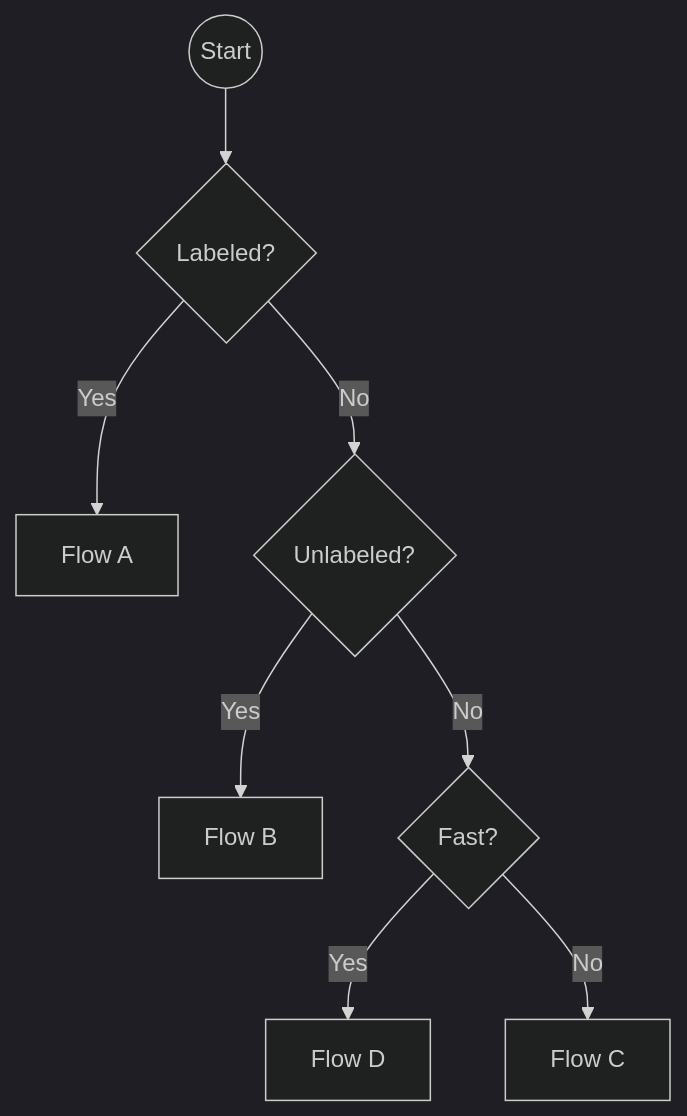
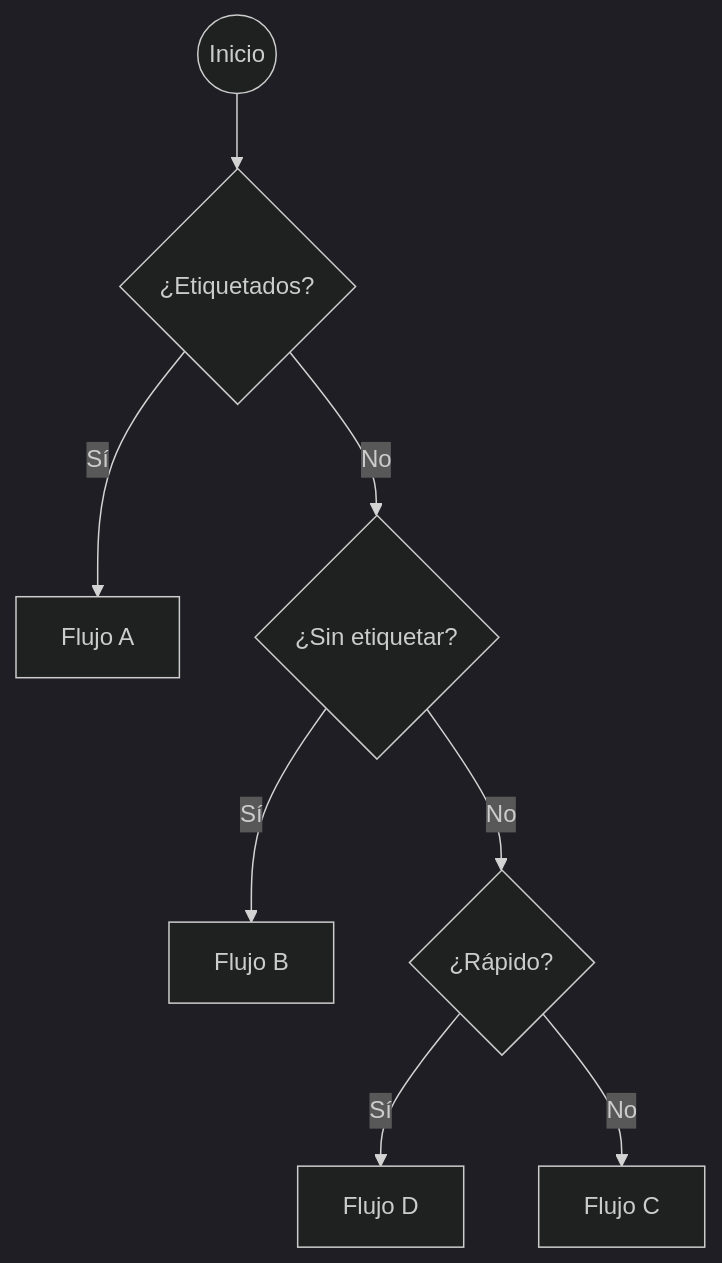
Before and after one commit to Softoft-Orga/open-ticket-ai: the first of 7 diagrams in docs/vitepress_docs/docs_src/es/guide/plan-ticket-automation-project.md, drawn with Mermaid. The commit also changed other lines of this file and 88 other files, not shown here.

````diff
--- a/docs/vitepress_docs/docs_src/es/guide/plan-ticket-automation-project.md
+++ b/docs/vitepress_docs/docs_src/es/guide/plan-ticket-automation-project.md
@@ -29,19 +32,19 @@
 ```mermaid
 ---
 config:
   theme: 'dark'
 ---
 flowchart TD
-  S((Start)) --> Q1{Labeled?}
-  Q1 -- Yes --> A0[Flow A]
-  Q1 -- No --> Q2{Unlabeled?}
-  Q2 -- Yes --> B0[Flow B]
-  Q2 -- No --> Q3{Fast?}
-  Q3 -- Yes --> D0[Flow D]
-  Q3 -- No --> C0[Flow C]
+  S((Inicio)) --> Q1{¿Etiquetados?}
+  Q1 -- Sí --> A0[Flujo A]
+  Q1 -- No --> Q2{¿Sin etiquetar?}
+  Q2 -- Sí --> B0[Flujo B]
+  Q2 -- No --> Q3{¿Rápido?}
+  Q3 -- Sí --> D0[Flujo D]
+  Q3 -- No --> C0[Flujo C]
 
-click A0 "#flow-a-many-labeled" "Flow A"
-click B0 "#flow-b-many-unlabeled" "Flow B"
-click C0 "#flow-c-few-or-no-tickets" "Flow C"
-click D0 "#flow-d-quick-start-hosted-api" "Flow D"
+click A0 "#flow-a-many-labeled" "Flujo A"
+click B0 "#flow-b-many-unlabeled" "Flujo B"
+click C0 "#flow-c-few-or-no-tickets" "Flujo C"
+click D0 "#flow-d-quick-start-hosted-api" "Flujo D"
 ```
````
